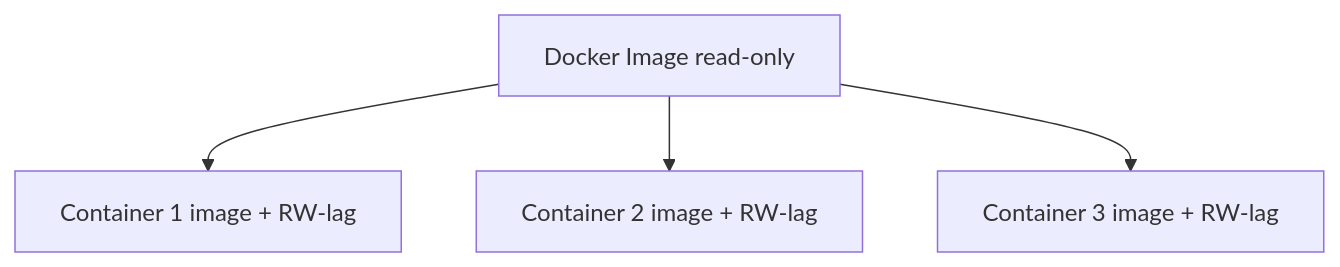
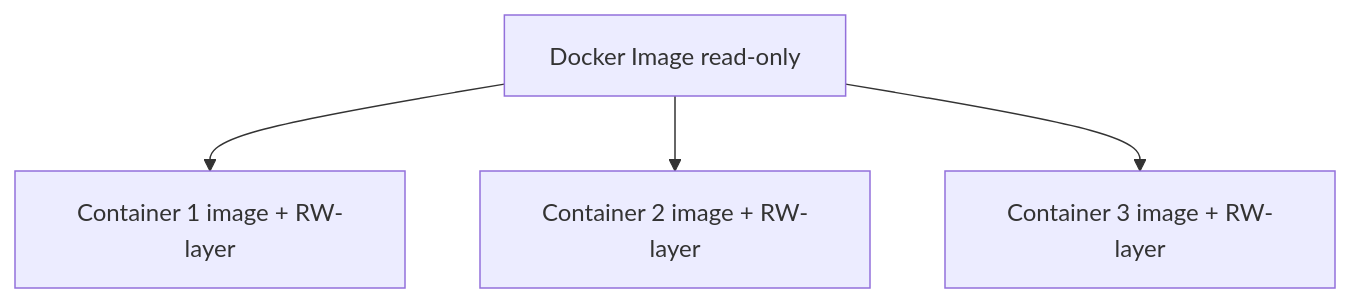
The third of 4 diagrams in docs/notes/day6-docker-dockerfile.md (Mercantec-GHC/deploy-or-die-anbo0005), drawn with Mermaid before and after one commit. The commit also changed other lines of this file and 8 other files, not shown here.

````diff
--- a/docs/notes/day6-docker-dockerfile.md
+++ b/docs/notes/day6-docker-dockerfile.md
@@ -167,6 +167,6 @@
 ```mermaid
 graph TD
-    I[Docker Image read-only] --> C1[Container 1 image + RW-lag]
-    I --> C2[Container 2 image + RW-lag]
-    I --> C3[Container 3 image + RW-lag]
+    I[Docker Image read-only] --> C1[Container 1 image + RW-layer]
+    I --> C2[Container 2 image + RW-layer]
+    I --> C3[Container 3 image + RW-layer]
 ```
````
